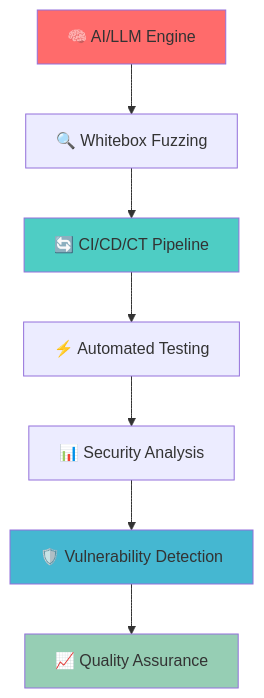
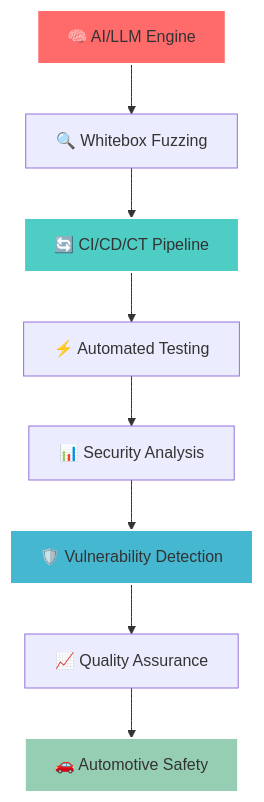
Before and after one commit to DARREN-2000/DARREN-2000: the first of 2 diagrams in README.md, drawn with Mermaid. The commit also changed other lines of this file, not shown here.

````diff
--- a/README.md
+++ b/README.md
@@ -42,14 +82,15 @@
 ```mermaid
 graph TD
     A[🧠 AI/LLM Engine] --> B[🔍 Whitebox Fuzzing]
     B --> C[🔄 CI/CD/CT Pipeline]
     C --> D[⚡ Automated Testing]
     D --> E[📊 Security Analysis]
     E --> F[🛡️ Vulnerability Detection]
     F --> G[📈 Quality Assurance]
+    G --> H[🚗 Automotive Safety]
     
-    style A fill:#FF6B6B
-    style C fill:#4ECDC4
-    style F fill:#45B7D1
-    style G fill:#96CEB4
+    style A fill:#FF6B6B,stroke:#fff,stroke-width:2px
+    style C fill:#4ECDC4,stroke:#fff,stroke-width:2px
+    style F fill:#45B7D1,stroke:#fff,stroke-width:2px
+    style H fill:#96CEB4,stroke:#fff,stroke-width:2px
 ```
````
